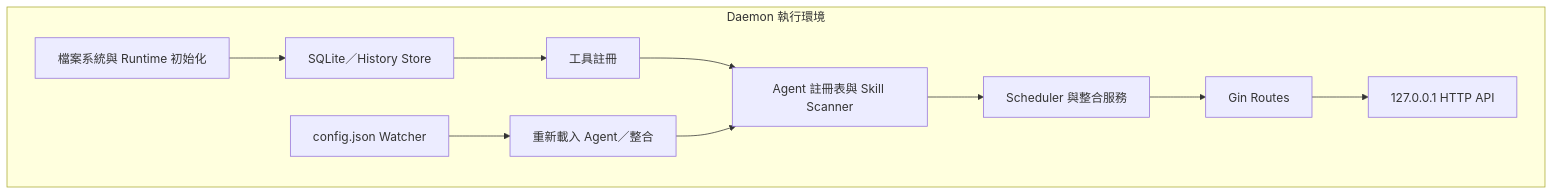
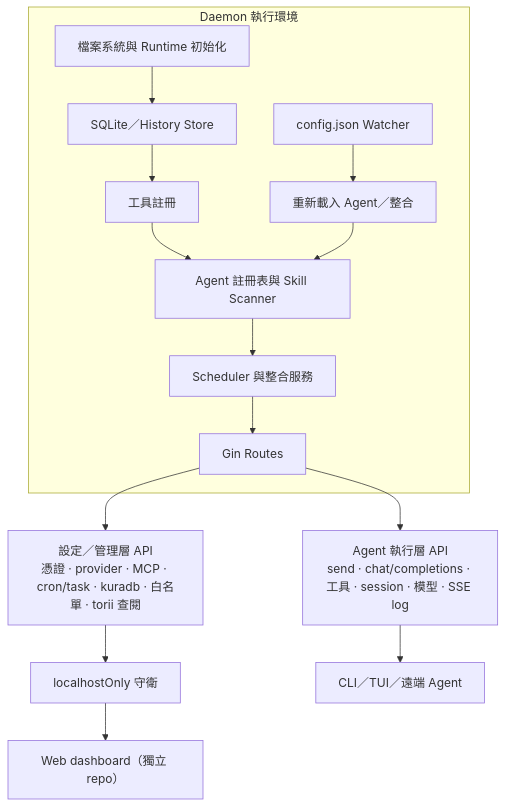
One commit to agenvoy/Agenvoy changed the third of 11 diagrams in doc/architecture.zh.md. Above: the diagram before and after it, drawn with Mermaid. The commit also changed other lines of this file and 3 other files, not shown here.

Commit message:
doc: Document task lifecycle and HTTP API management tiers

````diff
--- a/doc/architecture.zh.md
+++ b/doc/architecture.zh.md
@@ -53,13 +53,17 @@
 ```mermaid
 graph TB
     subgraph Daemon[Daemon 執行環境]
         Init[檔案系統與 Runtime 初始化] --> Storage[SQLite／History Store]
         Storage --> ToolInit[工具註冊]
         ToolInit --> AgentInit[Agent 註冊表與 Skill Scanner]
         AgentInit --> Services[Scheduler 與整合服務]
         Services --> Routes[Gin Routes]
-        Routes --> HTTP[127.0.0.1 HTTP API]
         Config[config.json Watcher] --> Reload[重新載入 Agent／整合]
         Reload --> AgentInit
     end
+    Routes --> ExecAPI[Agent 執行層 API<br/>send · chat/completions · 工具 · session · 模型 · SSE log]
+    Routes --> ConfigAPI[設定／管理層 API<br/>憑證 · provider · MCP · cron/task · kuradb · 白名單 · torii 查閱]
+    ConfigAPI --> LocalGuard[localhostOnly 守衛]
+    ExecAPI --> Client[CLI／TUI／遠端 Agent]
+    LocalGuard --> Dashboard[Web dashboard（獨立 repo）]
 ```
````
